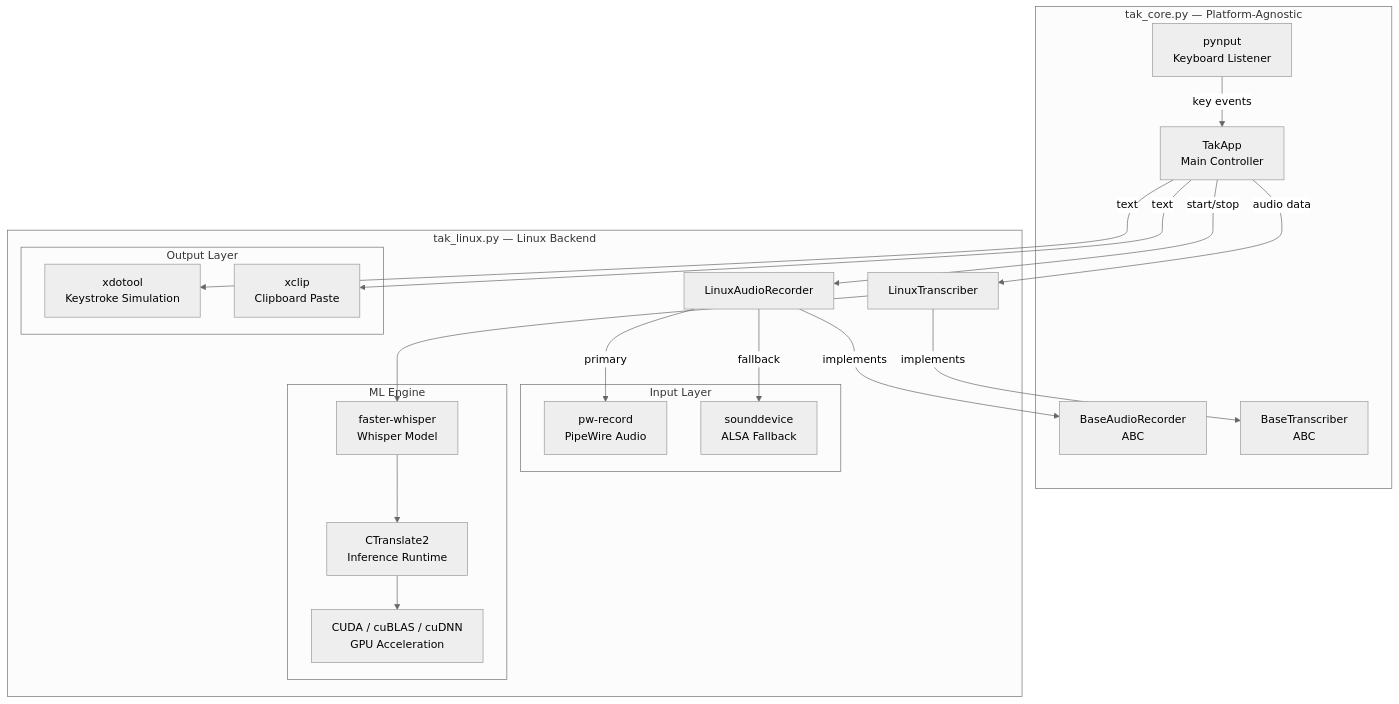
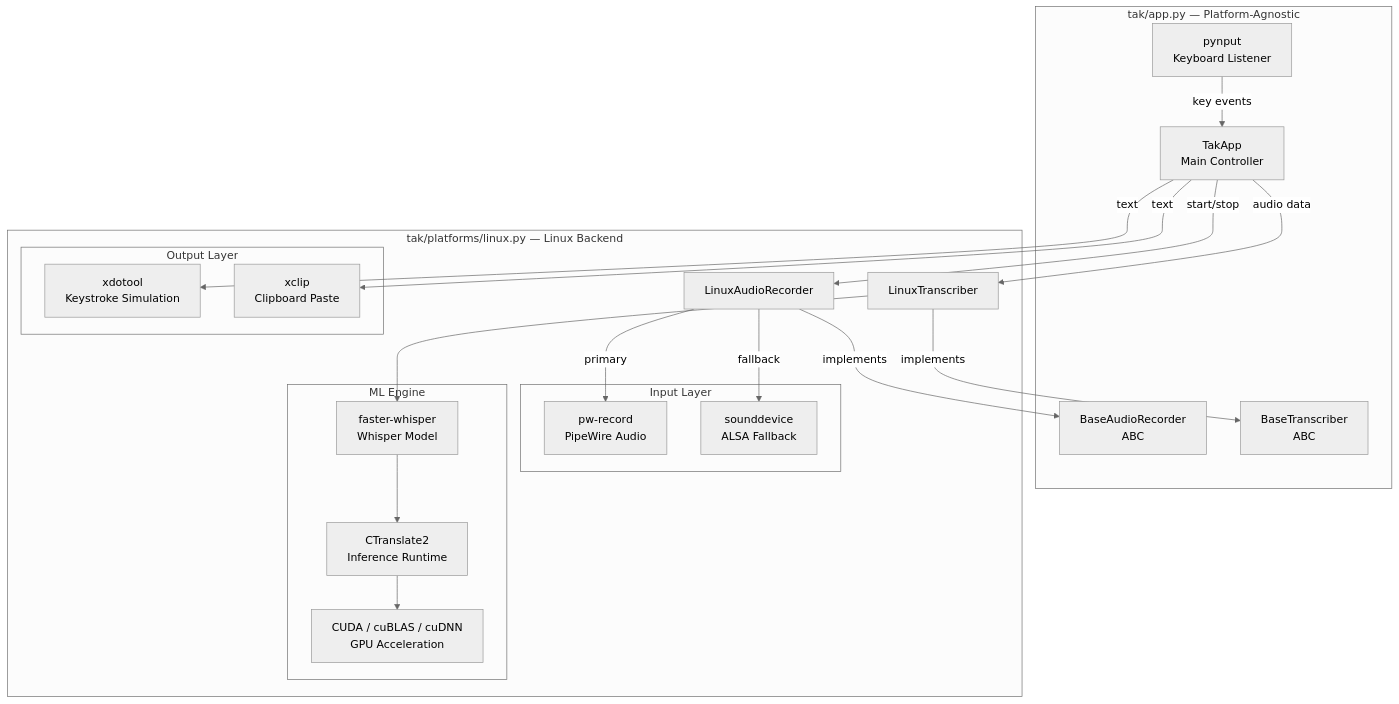
The third of 9 diagrams in docs/architecture.md (lchonkan/tak), drawn with Mermaid (neutral theme) before and after one commit. The commit also changed other lines of this file and 12 other files, not shown here.

````diff
--- a/docs/architecture.md
+++ b/docs/architecture.md
@@ -104,46 +104,46 @@
 ```mermaid
 graph TD
-    subgraph "tak_core.py — Platform-Agnostic"
+    subgraph "tak/app.py — Platform-Agnostic"
         PYNPUT[pynput<br/>Keyboard Listener]
         TAKAPP[TakApp<br/>Main Controller]
         BASE_REC[BaseAudioRecorder<br/>ABC]
         BASE_TR[BaseTranscriber<br/>ABC]
     end
 
-    subgraph "tak_linux.py — Linux Backend"
+    subgraph "tak/platforms/linux.py — Linux Backend"
         subgraph Input Layer
             PWREC[pw-record<br/>PipeWire Audio]
             SDEV[sounddevice<br/>ALSA Fallback]
         end
 
         AREC[LinuxAudioRecorder]
         TRANS[LinuxTranscriber]
 
         subgraph Output Layer
             XDOTOOL[xdotool<br/>Keystroke Simulation]
             XCLIP[xclip<br/>Clipboard Paste]
         end
 
         subgraph ML Engine
             WHISPER[faster-whisper<br/>Whisper Model]
             CT2[CTranslate2<br/>Inference Runtime]
             CUDA[CUDA / cuBLAS / cuDNN<br/>GPU Acceleration]
         end
     end
 
     PYNPUT -->|key events| TAKAPP
     TAKAPP -->|start/stop| AREC
     TAKAPP -->|audio data| TRANS
     TAKAPP -->|text| XDOTOOL
     TAKAPP -->|text| XCLIP
 
     AREC -->|implements| BASE_REC
     TRANS -->|implements| BASE_TR
 
     AREC -->|primary| PWREC
     AREC -->|fallback| SDEV
 
     TRANS --> WHISPER
     WHISPER --> CT2
     CT2 --> CUDA
 ```
````
